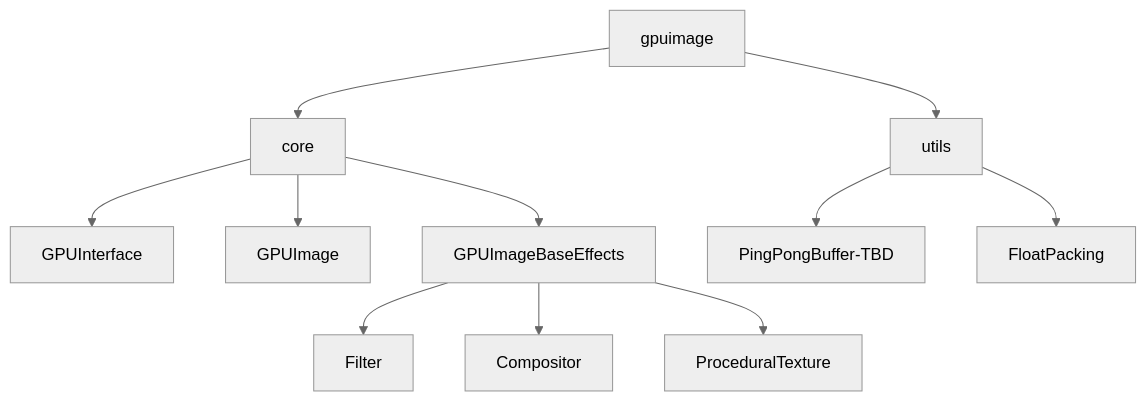
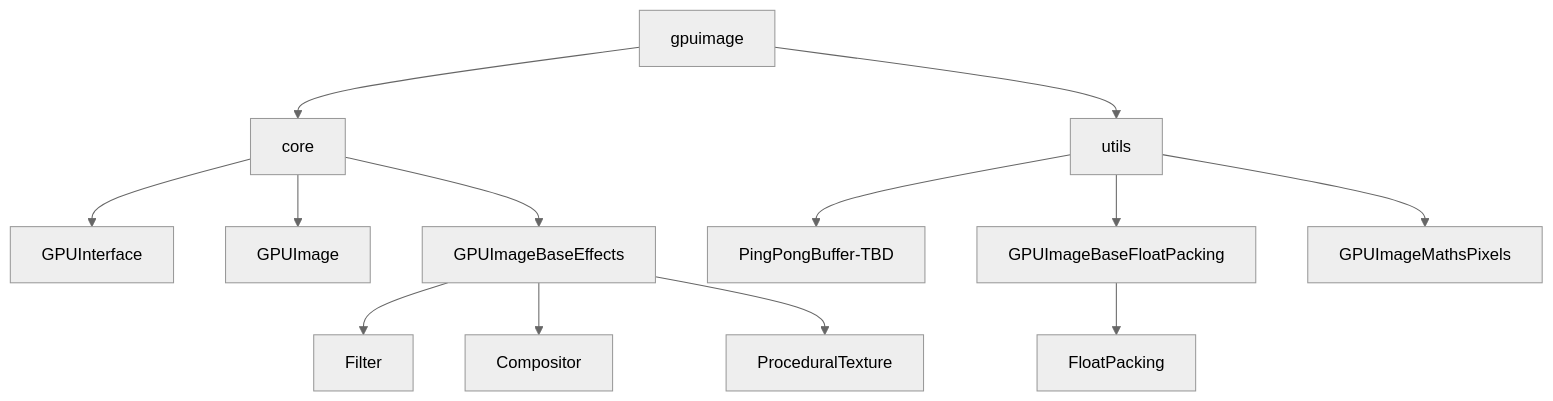
The diagram in README.md (Bonjour-Interactive-Lab/Processing-GPUImage), drawn with Mermaid (neutral theme) before and after one commit. The commit also changed other lines of this file and 6 other files, not shown here.

````diff
--- a/README.md
+++ b/README.md
@@ -22,13 +22,15 @@
 ```mermaid
 graph TD;
   gpuimage-->core;
   gpuimage-->utils;
   core-->GPUInterface
   core-->GPUImage
   core-->GPUImageBaseEffects;
   GPUImageBaseEffects-->Filter
   GPUImageBaseEffects-->Compositor
   GPUImageBaseEffects-->ProceduralTexture
   utils-->PingPongBuffer-TBD
-  utils-->FloatPacking
+  utils-->GPUImageBaseFloatPacking
+  utils-->GPUImageMathsPixels
+  GPUImageBaseFloatPacking-->FloatPacking
 ```
````
